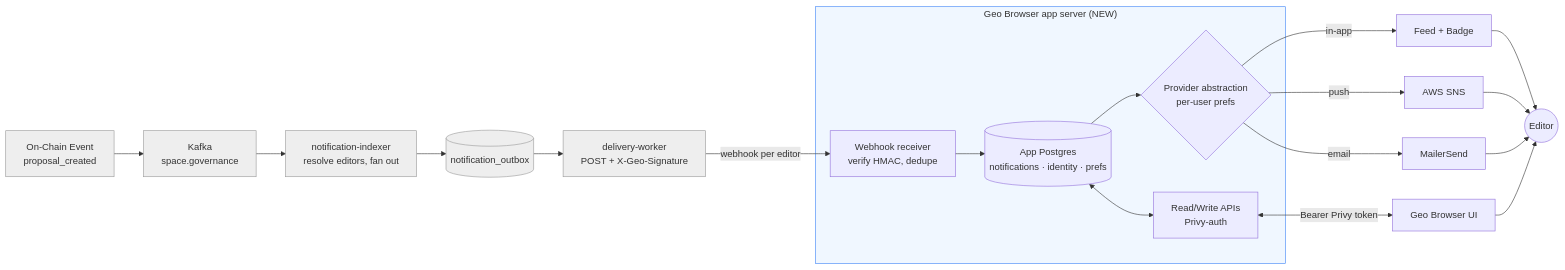
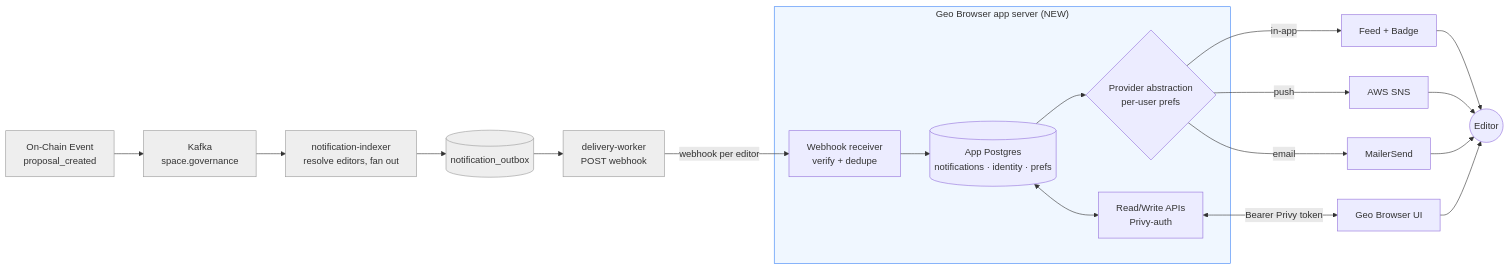
One commit to geobrowser/gaia changed the first of 3 diagrams in docs/notifications-mvp-prd.md. Above: the diagram before and after it, drawn with Mermaid. The commit also changed other lines of this file, not shown here.

First line of the commit message:
docs(notifications): drop HMAC/signature mechanics from PRD

````diff
--- a/docs/notifications-mvp-prd.md
+++ b/docs/notifications-mvp-prd.md
@@ -33,30 +33,30 @@
 ```mermaid
 flowchart LR
     A[On-Chain Event<br/>proposal_created] --> K[Kafka<br/>space.governance]
     K --> NI[notification-indexer<br/>resolve editors, fan out]
     NI --> OB[(notification_outbox)]
-    OB --> DW[delivery-worker<br/>POST + X-Geo-Signature]
+    OB --> DW[delivery-worker<br/>POST webhook]
 
     subgraph NEW["Geo Browser app server (NEW)"]
-        WR[Webhook receiver<br/>verify HMAC, dedupe] --> DB[(App Postgres<br/>notifications · identity · prefs)]
+        WR[Webhook receiver<br/>verify + dedupe] --> DB[(App Postgres<br/>notifications · identity · prefs)]
         DB --> PA{Provider abstraction<br/>per-user prefs}
         API[Read/Write APIs<br/>Privy-auth]
         DB <--> API
     end
 
     DW -->|webhook per editor| WR
 
     PA -->|in-app| FEED[Feed + Badge]
     PA -->|push| SNS[AWS SNS]
     PA -->|email| MS[MailerSend]
 
     FEED --> U((Editor))
     SNS --> U
     MS --> U
     API <-->|Bearer Privy token| FE[Geo Browser UI]
     FE --> U
 
     class A,K,NI,OB,DW exist
     classDef exist fill:#eee,stroke:#999,color:#333
     style NEW fill:#f0f7ff,stroke:#3b82f6
 ```
````
